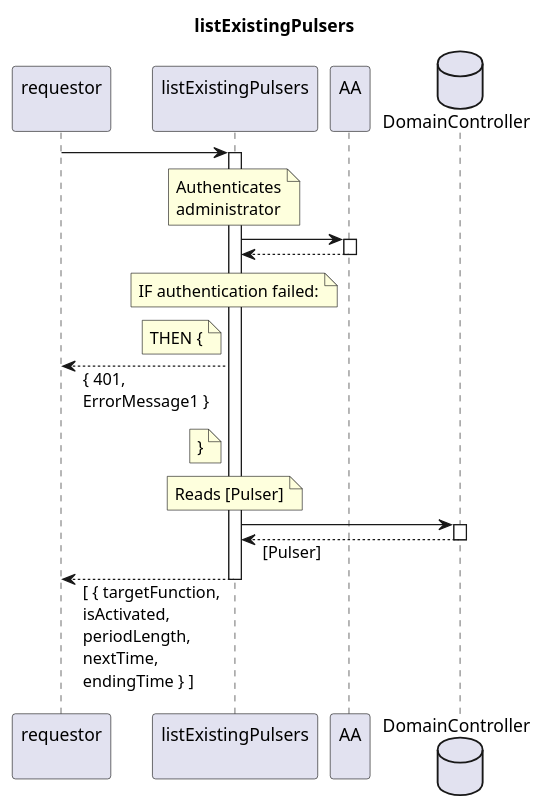
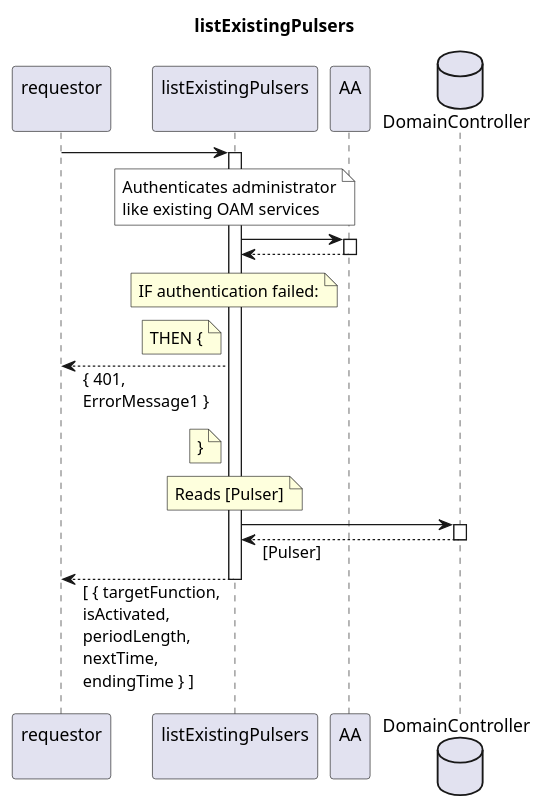
Before and after one commit to openBackhaul/FirmWareManager: the diagram in spec/Services/listExistingPulsers/1.0.0/listExistingPulsers.plantuml, drawn with PlantUML. The commit also changed 26 other files, not shown here.

```diff
--- a/spec/Services/listExistingPulsers/1.0.0/listExistingPulsers.plantuml
+++ b/spec/Services/listExistingPulsers/1.0.0/listExistingPulsers.plantuml
@@ -1,46 +1,46 @@
 @startuml listExistingPulsers
 skinparam responseMessageBelowArrow true
 
 title
   listExistingPulsers
 end title
 
 participant "requestor\n" as requestor
 participant "listExistingPulsers\n" as indServ
 participant "AA\n" as AA
 database "DomainController" as DC
 
 requestor -> indServ
 activate indServ
 
-  note over indServ
-    Authenticates
-    administrator
+  note over indServ #White
+    Authenticates administrator
+    like existing OAM services
   end note
   indServ -> AA
   activate AA
   indServ <-- AA
   deactivate AA
   note over indServ
     IF authentication failed:
   end note
   note left indServ
     THEN {
   end note
   requestor <-- indServ: { 401,\nErrorMessage1 }
   note left indServ
     }
   end note
 
   note over indServ
     Reads [Pulser]
   end note
   indServ -> DC
   activate DC
   indServ <-- DC: [Pulser]
   deactivate DC
 
 requestor <-- indServ: [ { targetFunction,\nisActivated,\nperiodLength,\nnextTime,\nendingTime } ]
 deactivate indServ
 
 @enduml
```
